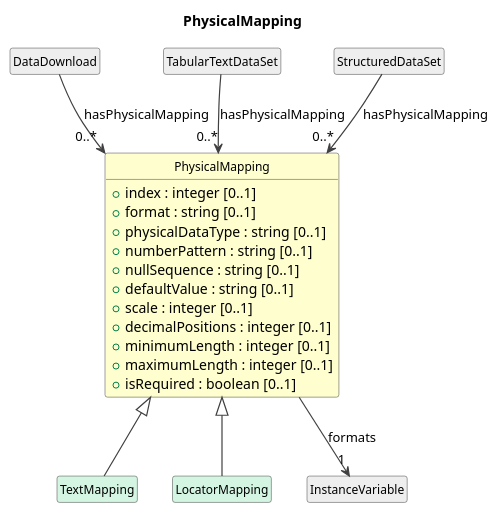
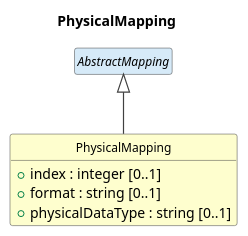
Before and after one commit to Cross-Domain-Interoperability-Framework/metadataBuildingBlocks: the diagram in cdif-uml-model/BasicDataDescription/Classes/PhysicalMapping.pu, drawn with PlantUML. The commit also changed 834 other files, not shown here.

```diff
--- a/cdif-uml-model/BasicDataDescription/Classes/PhysicalMapping.pu
+++ b/cdif-uml-model/BasicDataDescription/Classes/PhysicalMapping.pu
@@ -1,39 +1,21 @@
 @startuml
 title PhysicalMapping
 hide circle
 hide empty members
 skinparam shadowing false
 skinparam ArrowThickness 1.2
 skinparam class {
   ArrowColor #404040
   BorderColor #404040
   FontSize 12
 }
 
 class "PhysicalMapping" as PhysicalMapping #FEFECE {
   +index : integer [0..1]
   +format : string [0..1]
   +physicalDataType : string [0..1]
-  +numberPattern : string [0..1]
-  +nullSequence : string [0..1]
-  +defaultValue : string [0..1]
-  +scale : integer [0..1]
-  +decimalPositions : integer [0..1]
-  +minimumLength : integer [0..1]
-  +maximumLength : integer [0..1]
-  +isRequired : boolean [0..1]
 }
-class "TextMapping" as TextMapping #D5F5E3
-PhysicalMapping <|-- TextMapping
-class "LocatorMapping" as LocatorMapping #D5F5E3
-PhysicalMapping <|-- LocatorMapping
-class "DataDownload" as DataDownload #EEEEEE
-DataDownload --> "0..*" PhysicalMapping : hasPhysicalMapping
-class "InstanceVariable" as InstanceVariable #EEEEEE
-PhysicalMapping --> "1" InstanceVariable : formats
-class "TabularTextDataSet" as TabularTextDataSet #EEEEEE
-TabularTextDataSet --> "0..*" PhysicalMapping : hasPhysicalMapping
-class "StructuredDataSet" as StructuredDataSet #EEEEEE
-StructuredDataSet --> "0..*" PhysicalMapping : hasPhysicalMapping
+abstract class "AbstractMapping" as AbstractMapping #D6EAF8
+AbstractMapping <|-- PhysicalMapping
 
 @enduml
```
